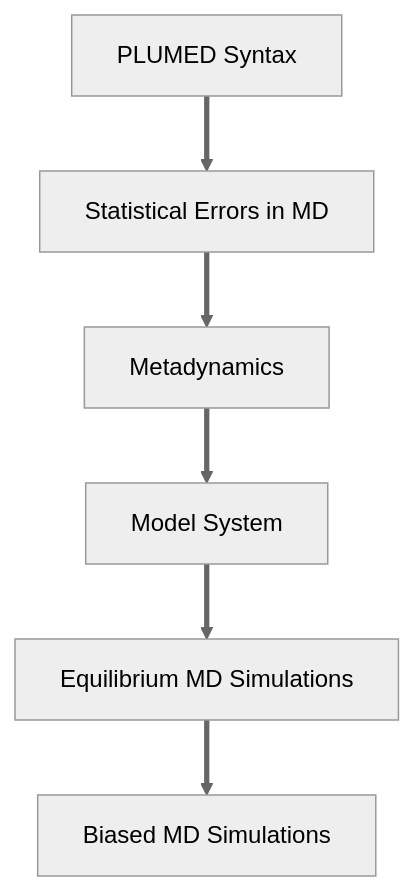
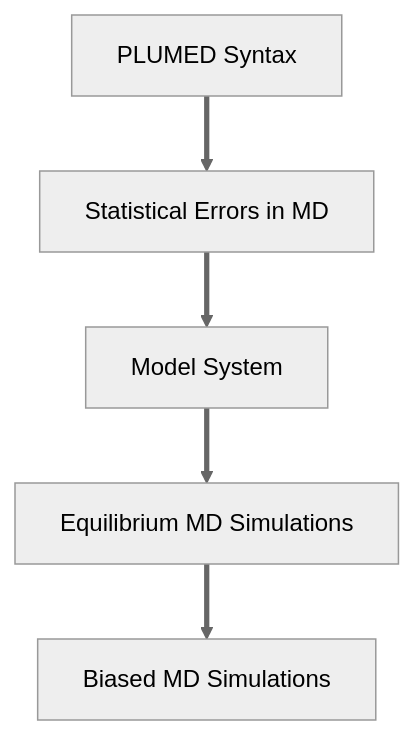
One commit to kamtung-tonybill/MD-Simulations-NaCl-Solution-Tutorials changed the diagram in README.md. Above: the diagram before and after it, drawn with Mermaid (neutral theme). The commit also changed other lines of this file, not shown here.

````diff
--- a/README.md
+++ b/README.md
@@ -11,13 +11,11 @@
 ```mermaid
 flowchart TD
 A[PLUMED Syntax] ==> B[Statistical Errors in MD]
-B ==> C[Metadynamics]
-C ==> D[Model System]
-D ==> E[Equilibrium MD Simulations]
-E ==> F[Biased MD Simulations]
+B ==> C[Model System]
+C ==> D[Equilibrium MD Simulations]
+D ==> E[Biased MD Simulations]
 click A "https://www.plumed-tutorials.org/lessons/21/001/data/NAVIGATION.html" "This is a PLUMED masterclass tutorial introducing PLUMED syntax and enhanced sampling"
 click B "https://www.plumed-tutorials.org/lessons/21/002/data/NAVIGATION.html" "This is a PLUMED masterclass tutorial on how to handle the statistical errors in MD simulations"
-click C "https://www.plumed-tutorials.org/lessons/21/004/data/NAVIGATION.html" "This is a PLUMED masterclass tutorial performing metadynamics simulations with PLUMED"
-click D "https://github.com/kamtung-tonybill/MD-Simulations-NaCl-Solution-Tutorials/blob/main/Model_System.md"
-click E "https://github.com/kamtung-tonybill/MD-Simulations-NaCl-Solution-Tutorials/blob/main/Equilibrium_MD.md"
+click C "https://github.com/kamtung-tonybill/MD-Simulations-NaCl-Solution-Tutorials/blob/main/Model_System.md"
+click D "https://github.com/kamtung-tonybill/MD-Simulations-NaCl-Solution-Tutorials/blob/main/Equilibrium_MD.md"
 ```
````
